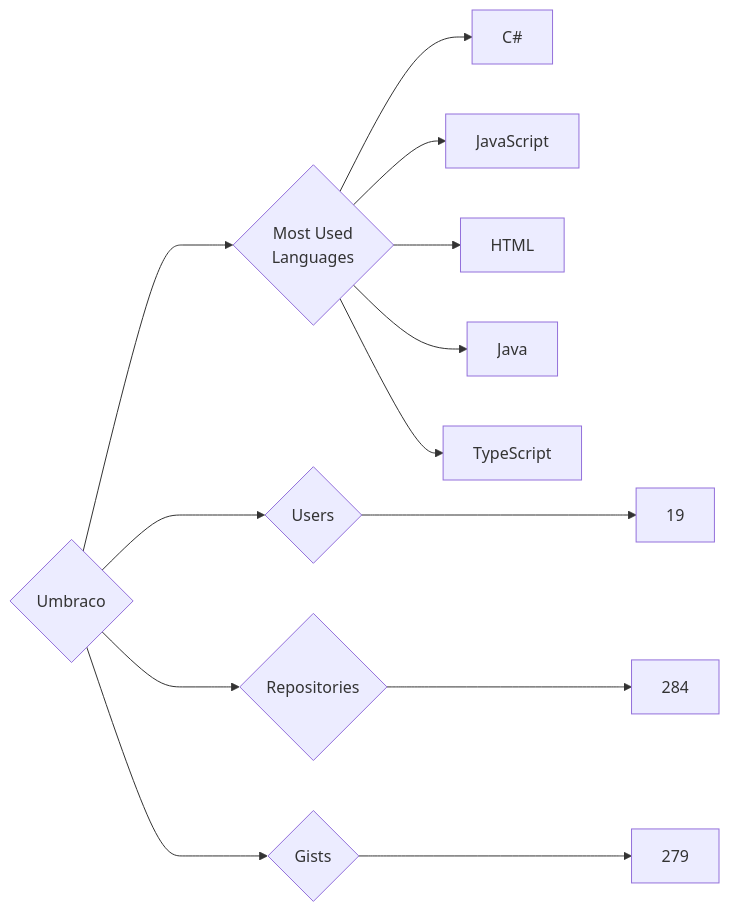
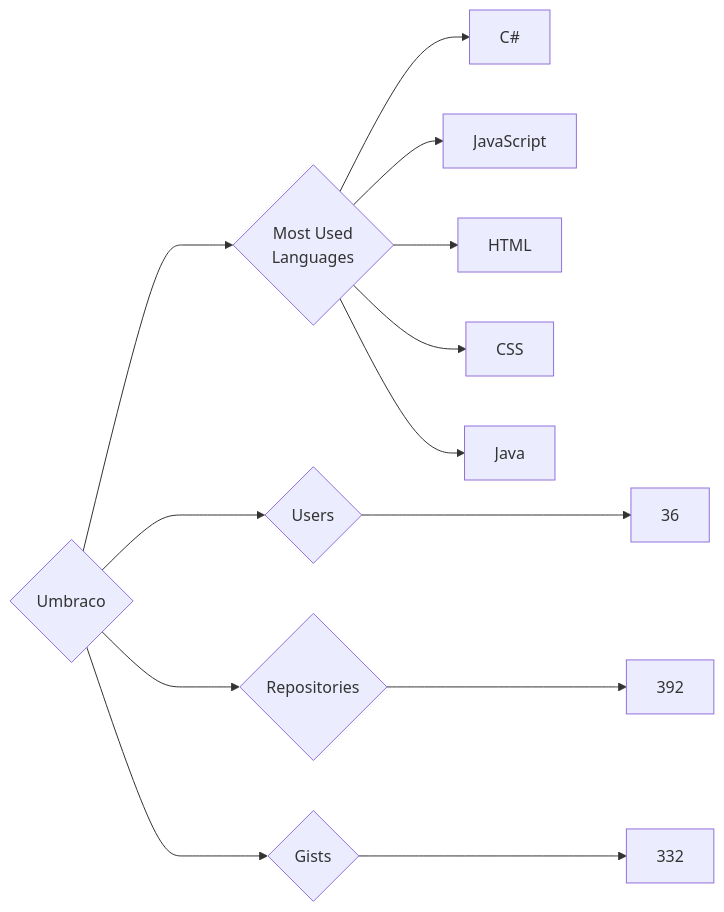
One commit to trickest/insiders changed the diagram in targets/Umbraco/README.md. Above: the diagram before and after it, drawn with Mermaid. The commit also changed 953 other files, not shown here.

````diff
--- a/targets/Umbraco/README.md
+++ b/targets/Umbraco/README.md
@@ -3,13 +3,13 @@
 ```mermaid
 graph LR
 COMPANY_NAME{Umbraco}
-COMPANY_NAME ---> U{Users} ---> UN[19]
-COMPANY_NAME ---> R{Repositories} ---> RN[284]
-COMPANY_NAME ---> G{Gists} ---> GN[279]
+COMPANY_NAME ---> U{Users} ---> UN[36]
+COMPANY_NAME ---> R{Repositories} ---> RN[392]
+COMPANY_NAME ---> G{Gists} ---> GN[332]
 COMPANY_NAME ---> ML{Most Used<br>Languages}
 ML --> C#[C#]
 ML --> JavaScript[JavaScript]
 ML --> HTML[HTML]
+ML --> CSS[CSS]
 ML --> Java[Java]
-ML --> TypeScript[TypeScript]
 ```
````
